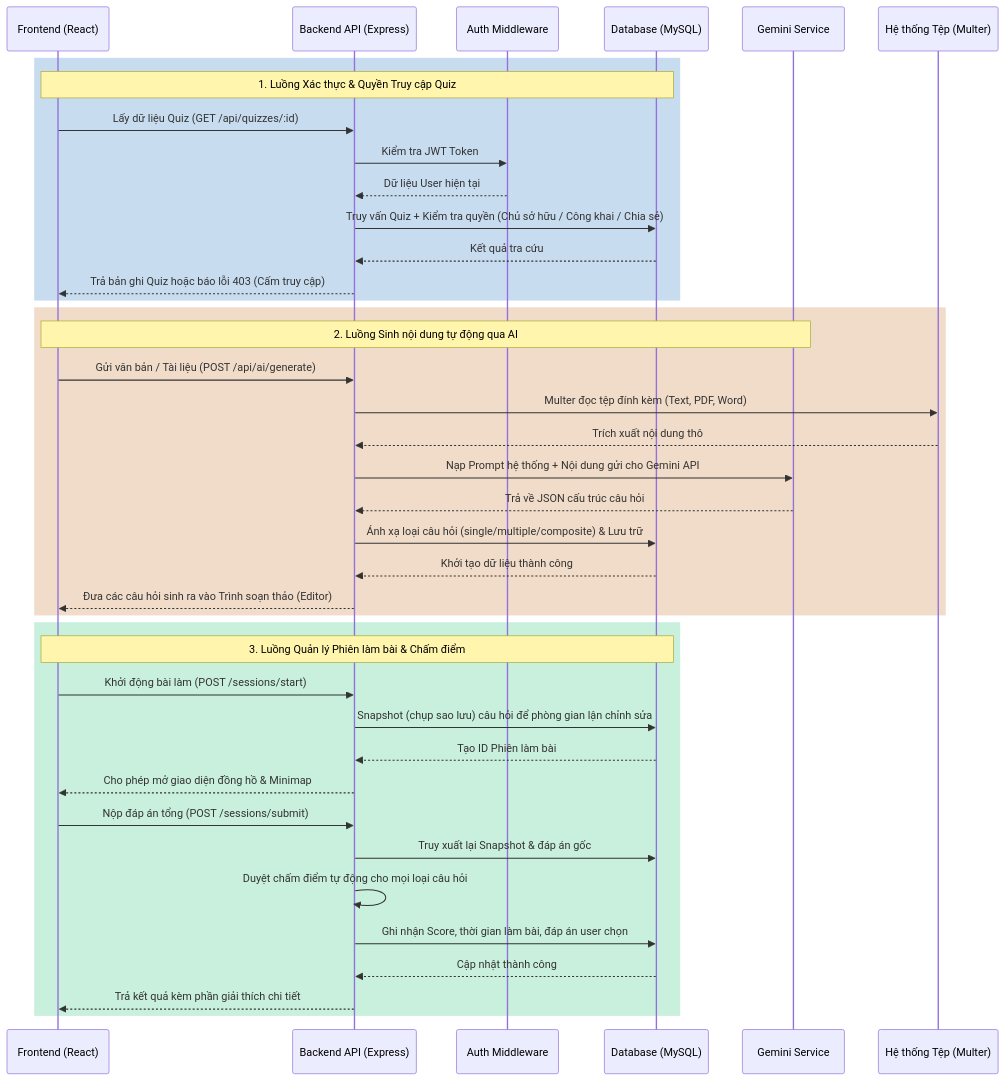
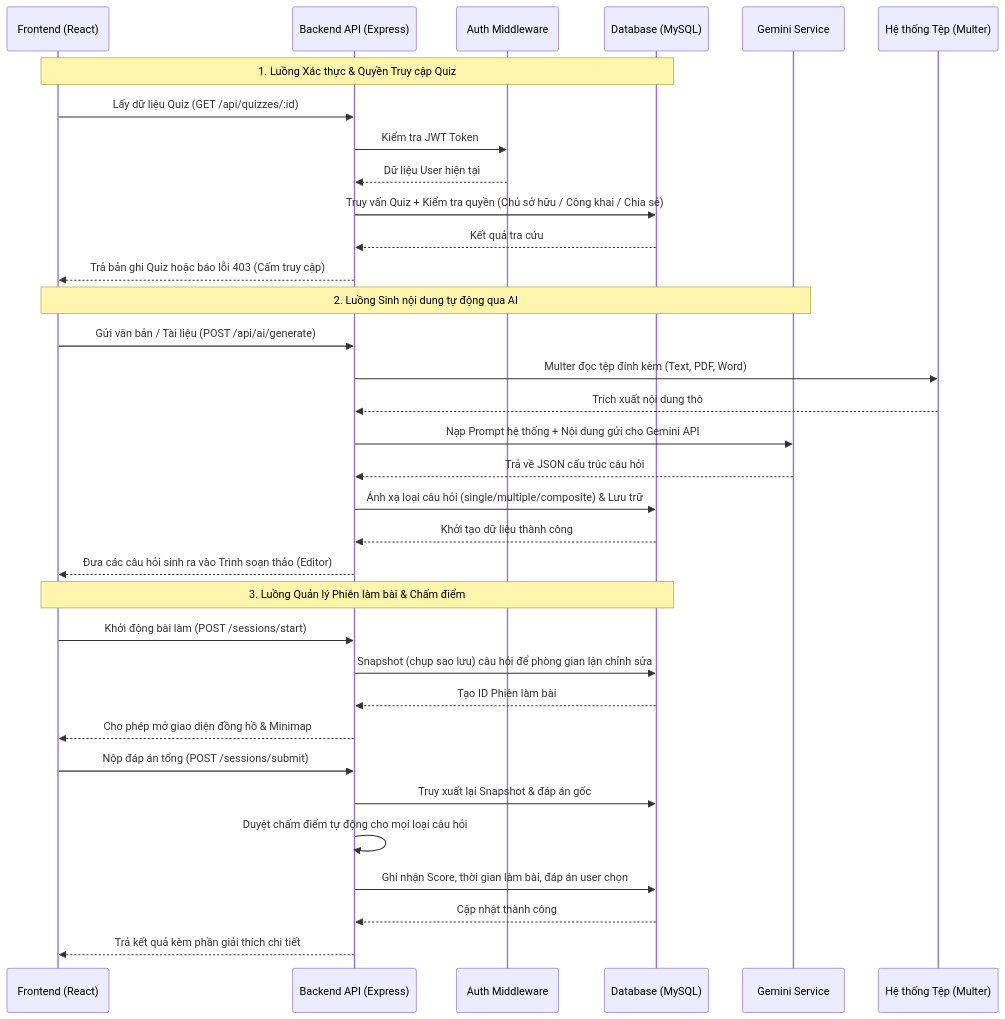
Before and after one commit to HoanBuCon/Quiz-Website: the fourth of 4 diagrams in README.md, drawn with Mermaid. The commit also changed other lines of this file, not shown here.

````diff
--- a/README.md
+++ b/README.md
@@ -320,49 +308,43 @@
 ```mermaid
 sequenceDiagram
     participant FE as Frontend (React)
     participant API as Backend API (Express)
     participant Auth as Auth Middleware
     participant DB as Database (MySQL)
     participant AI as Gemini Service
     participant FS as Hệ thống Tệp (Multer)
 
     %% 1. Phân quyền và Truy cập
-    rect rgb(200, 220, 240)
     Note over FE, DB: 1. Luồng Xác thực & Quyền Truy cập Quiz
     FE->>API: Lấy dữ liệu Quiz (GET /api/quizzes/:id)
     API->>Auth: Kiểm tra JWT Token
     Auth-->>API: Dữ liệu User hiện tại
     API->>DB: Truy vấn Quiz + Kiểm tra quyền (Chủ sở hữu / Công khai / Chia sẻ)
     DB-->>API: Kết quả tra cứu
     API-->>FE: Trả bản ghi Quiz hoặc báo lỗi 403 (Cấm truy cập)
-    end
 
     %% 2. Tạo Câu hỏi AI
-    rect rgb(240, 220, 200)
     Note over FE, AI: 2. Luồng Sinh nội dung tự động qua AI
     FE->>API: Gửi văn bản / Tài liệu (POST /api/ai/generate)
     API->>FS: Multer đọc tệp đính kèm (Text, PDF, Word)
     FS-->>API: Trích xuất nội dung thô
     API->>AI: Nạp Prompt hệ thống + Nội dung gửi cho Gemini API
     AI-->>API: Trả về JSON cấu trúc câu hỏi
     API->>DB: Ánh xạ loại câu hỏi (single/multiple/composite) & Lưu trữ
     DB-->>API: Khởi tạo dữ liệu thành công
     API-->>FE: Đưa các câu hỏi sinh ra vào Trình soạn thảo (Editor)
-    end
 
     %% 3. Phiên kiểm tra
-    rect rgb(200, 240, 220)
     Note over FE, DB: 3. Luồng Quản lý Phiên làm bài & Chấm điểm
     FE->>API: Khởi động bài làm (POST /sessions/start)
     API->>DB: Snapshot (chụp sao lưu) câu hỏi để phòng gian lận chỉnh sửa
     DB-->>API: Tạo ID Phiên làm bài
     API-->>FE: Cho phép mở giao diện đồng hồ & Minimap
     
     FE->>API: Nộp đáp án tổng (POST /sessions/submit)
     API->>DB: Truy xuất lại Snapshot & đáp án gốc
     API->>API: Duyệt chấm điểm tự động cho mọi loại câu hỏi
     API->>DB: Ghi nhận Score, thời gian làm bài, đáp án user chọn
     DB-->>API: Cập nhật thành công
     API-->>FE: Trả kết quả kèm phần giải thích chi tiết
-    end
 ```
````
